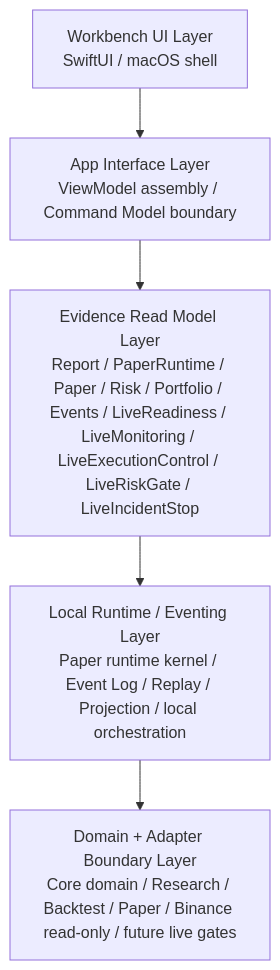
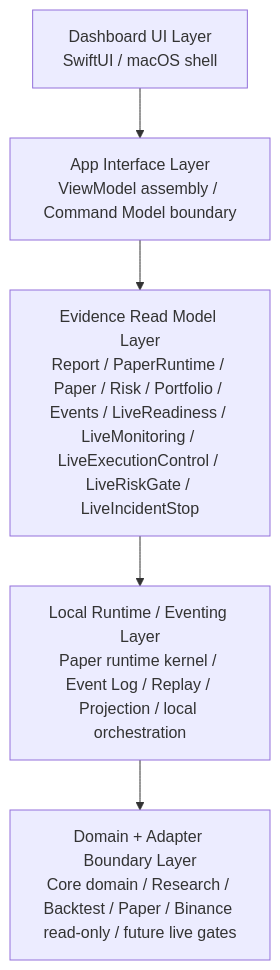
Before and after one commit to atxinbao/MTPRO: the diagram in architecture.md, drawn with Mermaid. The commit also changed other lines of this file and 10 other files, not shown here.

````diff
--- a/architecture.md
+++ b/architecture.md
@@ -645,10 +658,10 @@
 ```mermaid
 flowchart TB
-    L1["Workbench UI Layer<br/>SwiftUI / macOS shell"]
+    L1["Dashboard UI Layer<br/>SwiftUI / macOS shell"]
     L2["App Interface Layer<br/>ViewModel assembly / Command Model boundary"]
     L3["Evidence Read Model Layer<br/>Report / PaperRuntime / Paper / Risk / Portfolio / Events / LiveReadiness / LiveMonitoring / LiveExecutionControl / LiveRiskGate / LiveIncidentStop"]
     L4["Local Runtime / Eventing Layer<br/>Paper runtime kernel / Event Log / Replay / Projection / local orchestration"]
     L5["Domain + Adapter Boundary Layer<br/>Core domain / Research / Backtest / Paper / Binance read-only / future live gates"]
 
     L1 --> L2 --> L3 --> L4 --> L5
 ```
````
